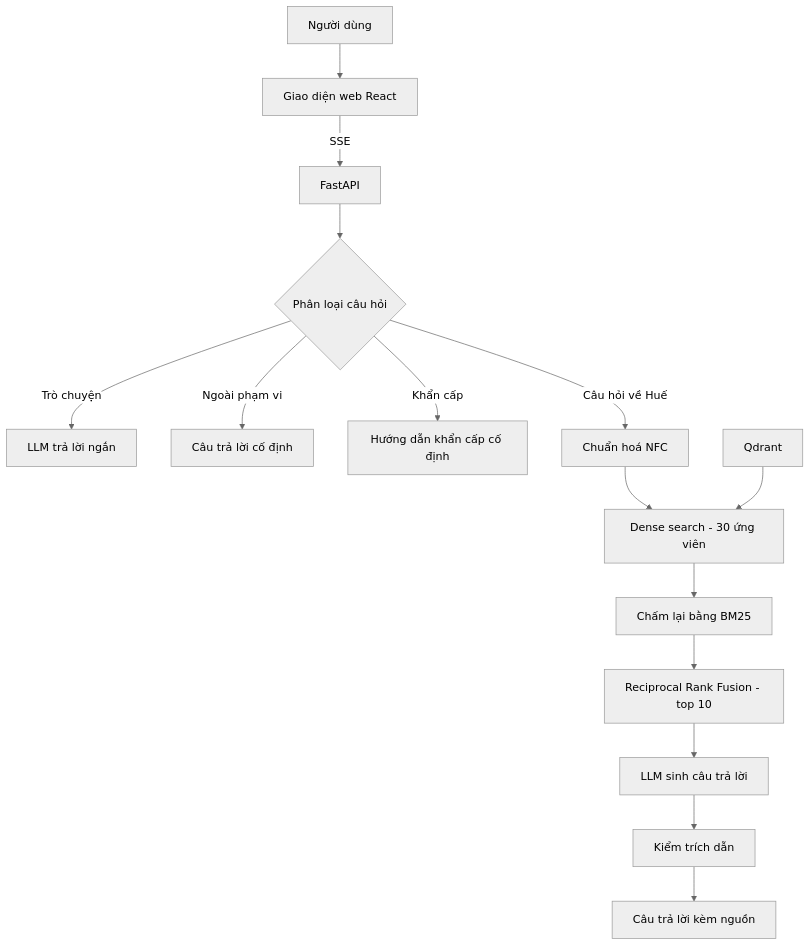
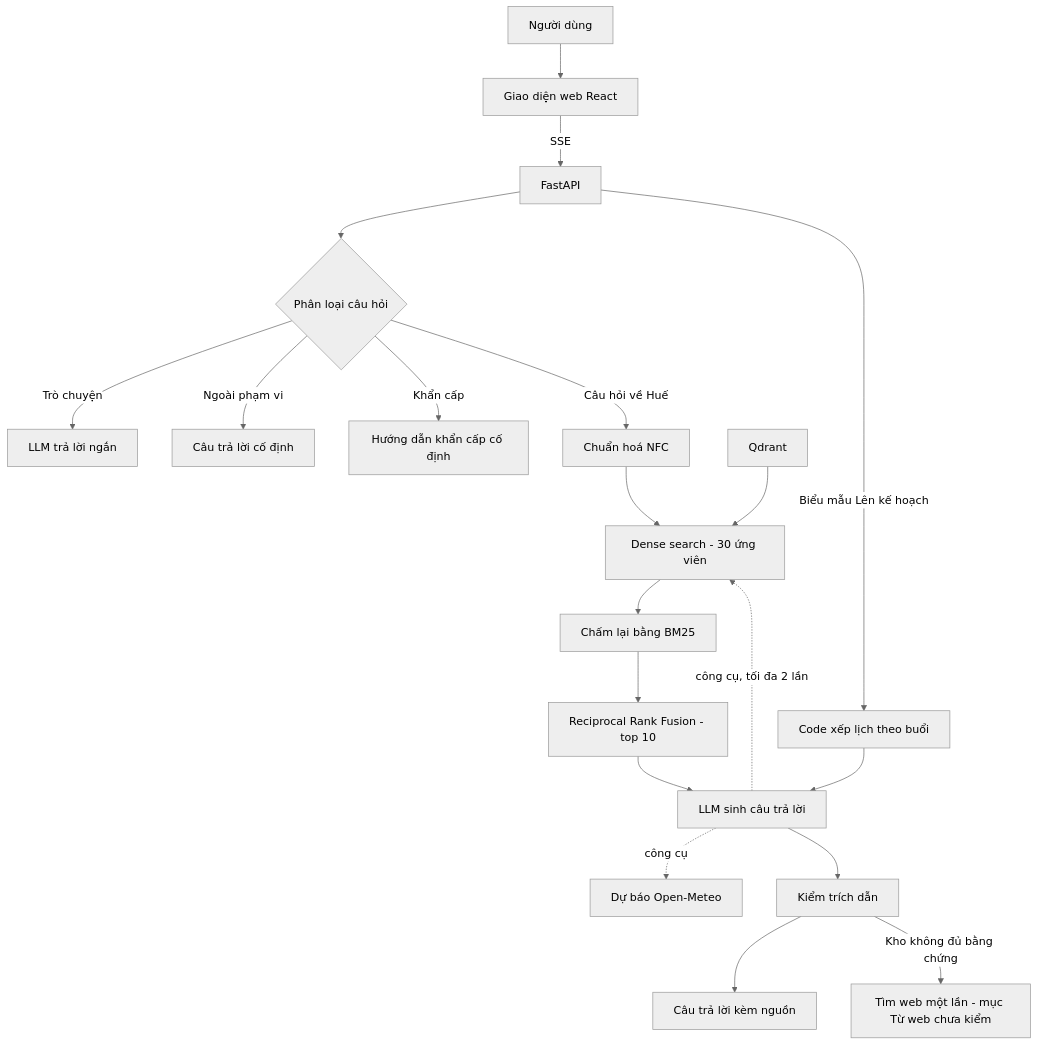
Before and after one commit to Sunny-sunnyy/chatbot-hue: the second of 2 diagrams in README.md, drawn with Mermaid (neutral theme). The commit also changed other lines of this file and 3 other files, not shown here.

````diff
--- a/README.md
+++ b/README.md
@@ -35,17 +51,21 @@
 ```mermaid
 flowchart TD
     U[Người dùng] --> W[Giao diện web React]
     W -->|SSE| API[FastAPI]
     API --> R{Phân loại câu hỏi}
     R -->|Trò chuyện| CHAT[LLM trả lời ngắn]
     R -->|Ngoài phạm vi| OOS[Câu trả lời cố định]
     R -->|Khẩn cấp| EM[Hướng dẫn khẩn cấp cố định]
     R -->|Câu hỏi về Huế| N[Chuẩn hoá NFC]
     N --> DS[Dense search - 30 ứng viên]
     Q[Qdrant] --> DS
     DS --> BM[Chấm lại bằng BM25]
     BM --> RRF[Reciprocal Rank Fusion - top 10]
     RRF --> GEN[LLM sinh câu trả lời]
+    GEN -.->|công cụ, tối đa 2 lần| DS
+    GEN -.->|công cụ| WX[Dự báo Open-Meteo]
     GEN --> CIT[Kiểm trích dẫn]
     CIT --> OUT[Câu trả lời kèm nguồn]
+    CIT -->|Kho không đủ bằng chứng| WEB[Tìm web một lần - mục Từ web chưa kiểm]
+    API -->|Biểu mẫu Lên kế hoạch| PLAN[Code xếp lịch theo buổi] --> GEN
 ```
````
